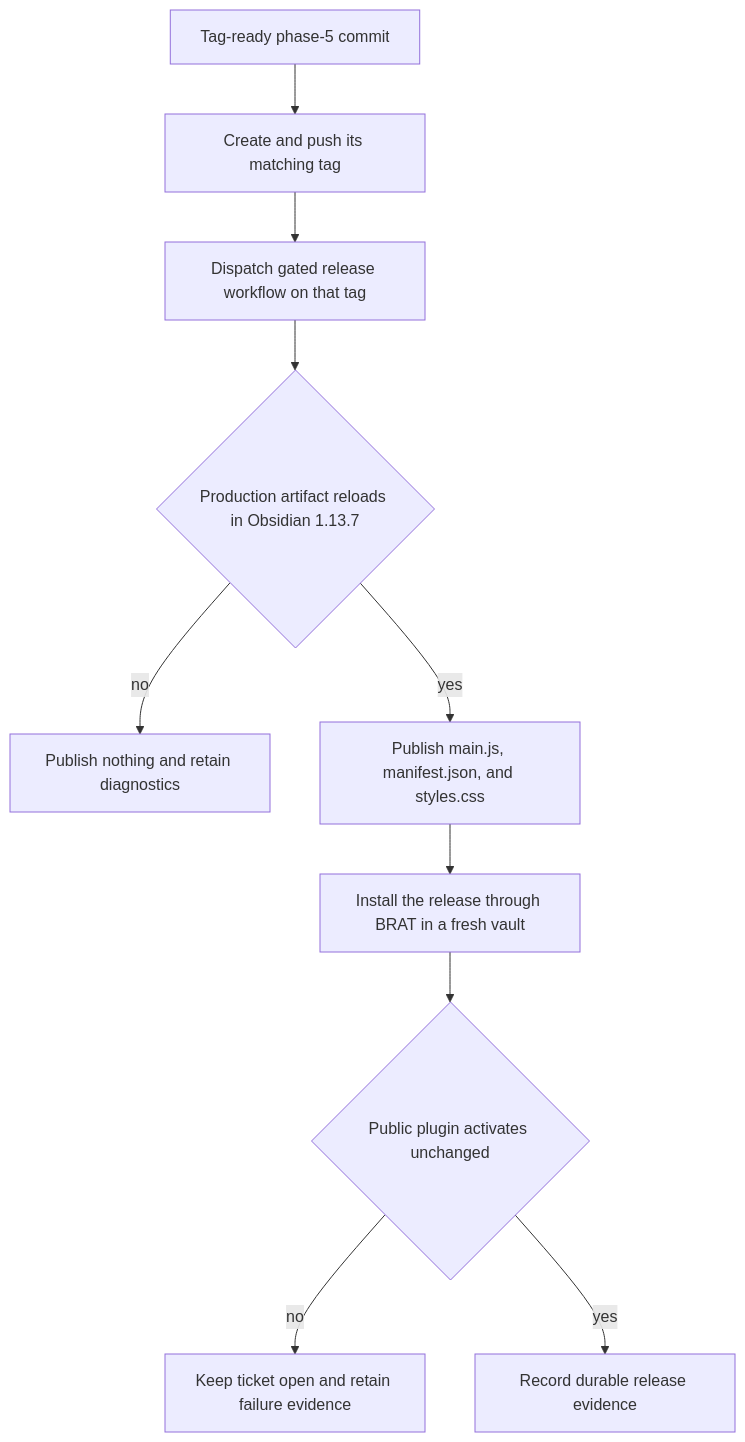
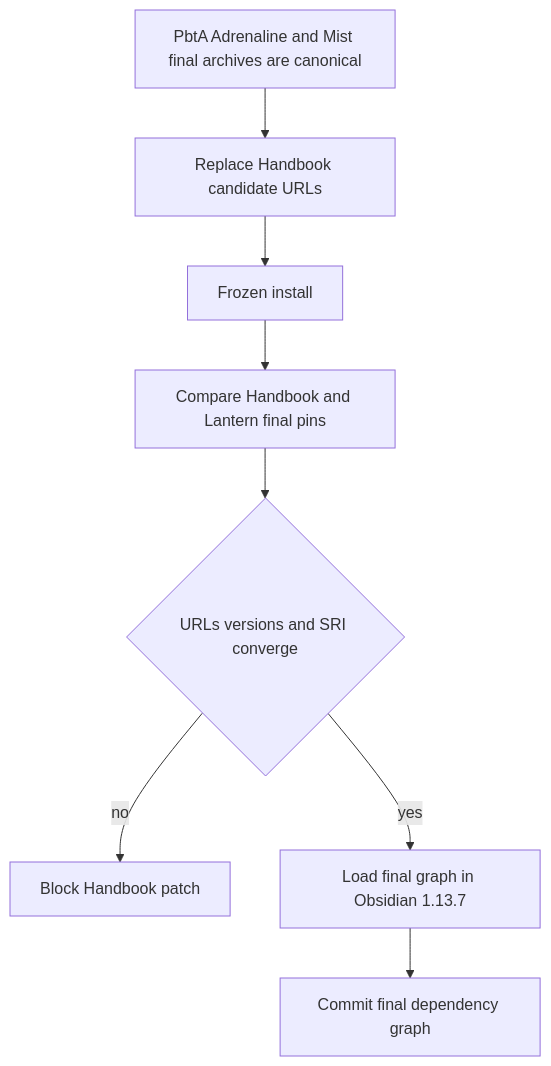
Before and after one commit to RebelliousSmile/obsidian-handbook: the first of 2 diagrams in aidd_docs/tasks/2026_09/2026_09_25_handbook_plugin_load_failure/phase-6.md, drawn with Mermaid. The commit also changed other lines of this file and 12 other files, not shown here.

Commit message:
fix(release-train): conform Handbook evidence contract

````diff
--- a/aidd_docs/tasks/2026_09/2026_09_25_handbook_plugin_load_failure/phase-6.md
+++ b/aidd_docs/tasks/2026_09/2026_09_25_handbook_plugin_load_failure/phase-6.md
@@ -21,12 +21,10 @@
 ```mermaid
 flowchart TD
-  A[Tag-ready phase-5 commit] --> B[Create and push its matching tag]
-  B --> C[Dispatch gated release workflow on that tag]
-  C --> D{Production artifact reloads in Obsidian 1.13.7}
-  D -->|no| E[Publish nothing and retain diagnostics]
-  D -->|yes| F[Publish main.js, manifest.json, and styles.css]
-  F --> G[Install the release through BRAT in a fresh vault]
-  G --> H{Public plugin activates unchanged}
-  H -->|no| I[Keep ticket open and retain failure evidence]
-  H -->|yes| J[Record durable release evidence]
+  A[PbtA Adrenaline and Mist final archives are canonical] --> B[Replace Handbook candidate URLs]
+  B --> C[Frozen install]
+  C --> D[Compare Handbook and Lantern final pins]
+  D --> E{URLs versions and SRI converge}
+  E -->|no| F[Block Handbook patch]
+  E -->|yes| G[Load final graph in Obsidian 1.13.7]
+  G --> H[Commit final dependency graph]
 ```
````
